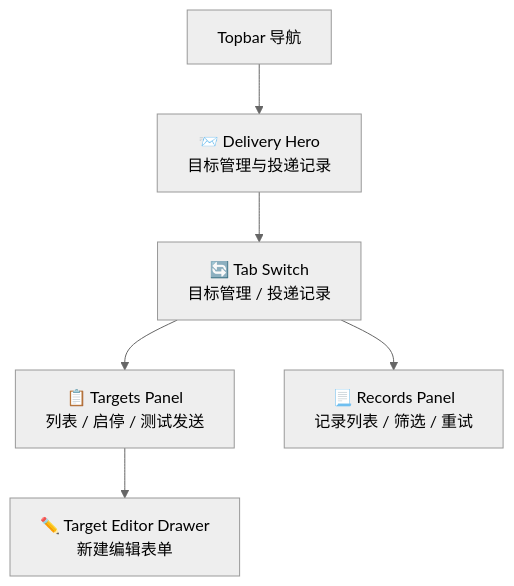
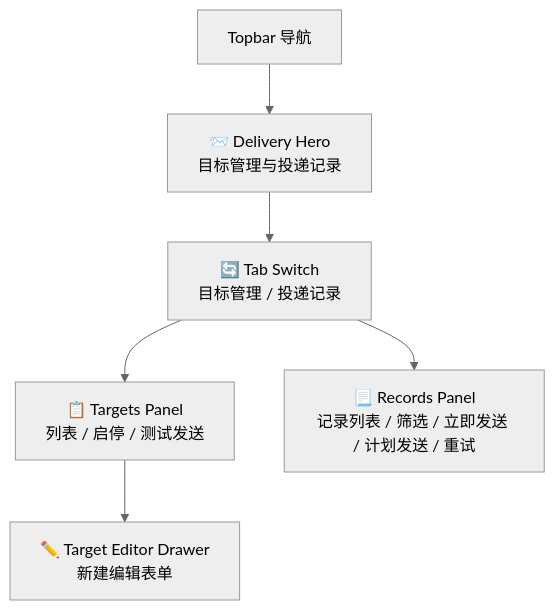
One commit to coeoo/AetherFlow changed the diagram in docs/13-界面设计/P003-平台投递中心页面设计.md. Above: the diagram before and after it, drawn with Mermaid (neutral theme). The commit also changed other lines of this file and 81 other files, not shown here.

````diff
--- a/docs/13-界面设计/P003-平台投递中心页面设计.md
+++ b/docs/13-界面设计/P003-平台投递中心页面设计.md
@@ -30,8 +30,8 @@
 ```mermaid
 flowchart TD
     A["Topbar 导航"] --> B["📨 Delivery Hero\n目标管理与投递记录"]
     B --> C["🔄 Tab Switch\n目标管理 / 投递记录"]
     C --> D["📋 Targets Panel\n列表 / 启停 / 测试发送"]
-    C --> E["📃 Records Panel\n记录列表 / 筛选 / 重试"]
+    C --> E["📃 Records Panel\n记录列表 / 筛选 / 立即发送 / 计划发送 / 重试"]
     D --> F["✏️ Target Editor Drawer\n新建编辑表单"]
 ```
````
